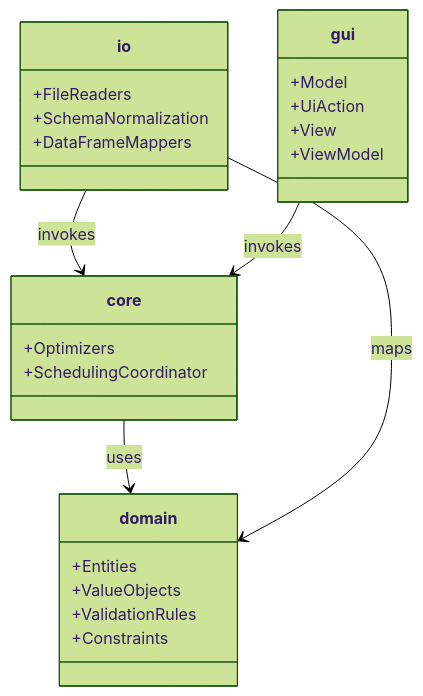
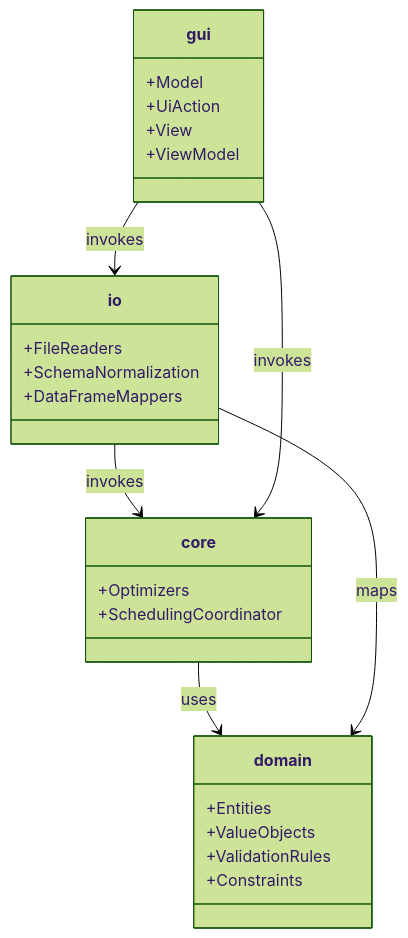
One commit to adhxtry/unisched changed the first of 4 diagrams in PROJECT_PLAN.md. Above: the diagram before and after it, drawn with Mermaid (forest theme). The commit also changed other lines of this file, not shown here.

Commit message:
Specified formats to be supported in Project plan!

````diff
--- a/PROJECT_PLAN.md
+++ b/PROJECT_PLAN.md
@@ -33,32 +33,33 @@
 ```mermaid
 classDiagram
     class domain {
         +Entities
         +ValueObjects
         +ValidationRules
         +Constraints
     }
 
     class core {
         +Optimizers
         +SchedulingCoordinator
     }
 
     class io {
         +FileReaders
         +SchemaNormalization
         +DataFrameMappers
     }
 
     class gui {
         +Model
         +UiAction
         +View
         +ViewModel
     }
 
     core --> domain : uses
     io --> core : invokes
+    gui --> io : invokes
     gui --> core : invokes
     io --> domain : maps
 ```
````
